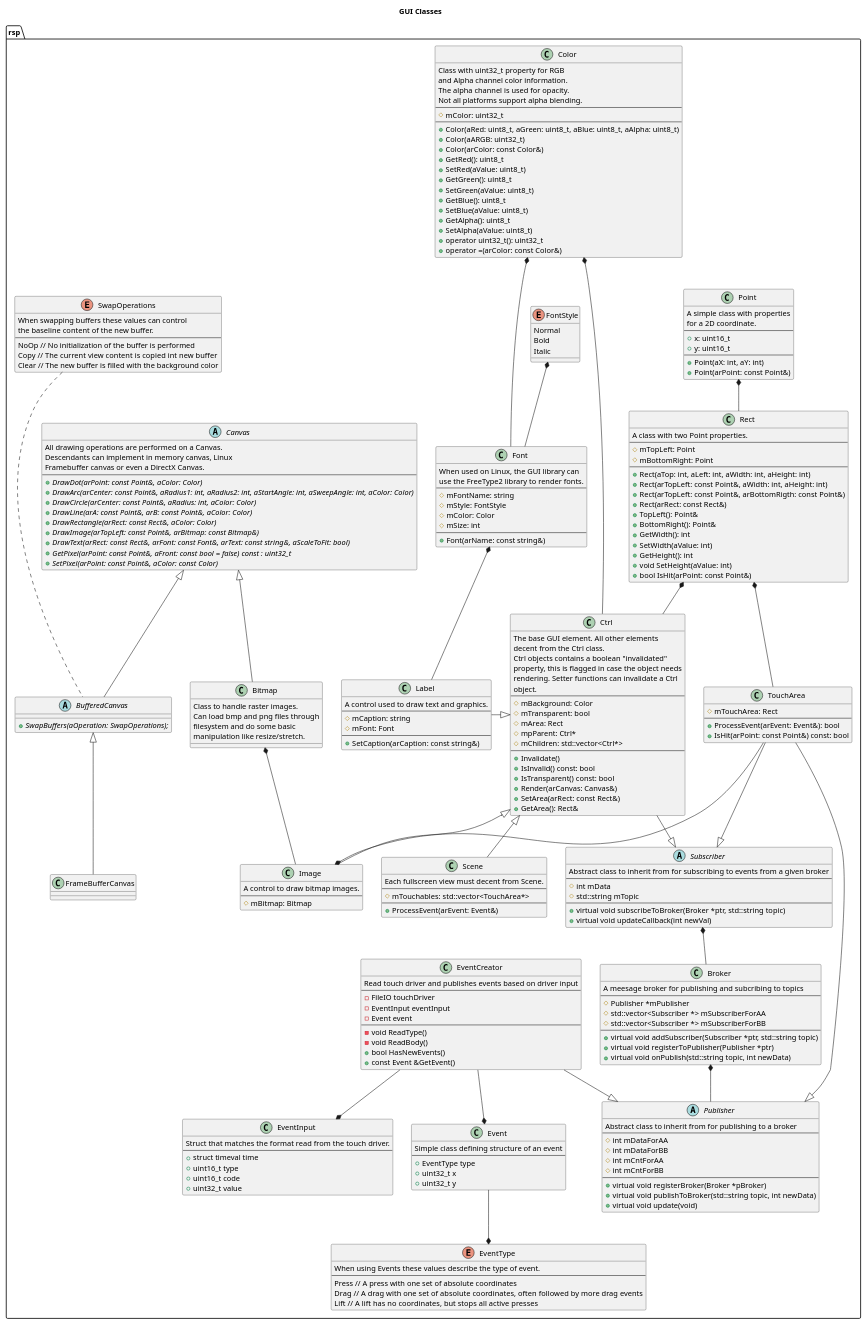
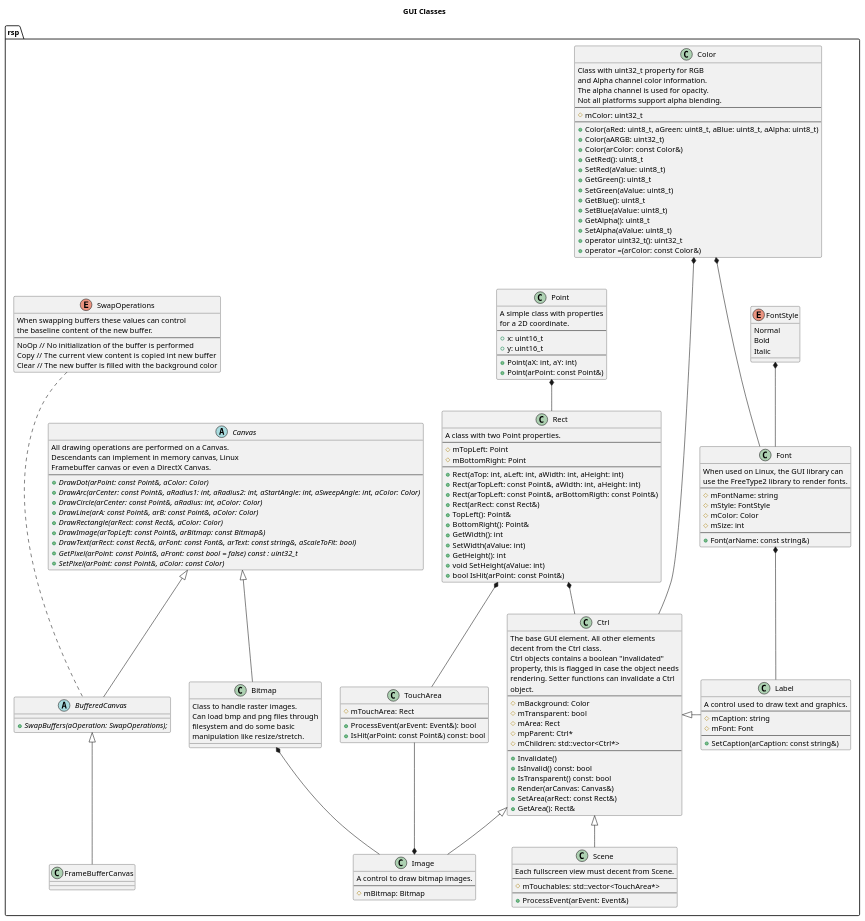
One commit to rsps/rsp-core-library changed the diagram in docs/uml/GUI Classes.puml. Above: the diagram before and after it, drawn with PlantUML. The commit also changed 6 other files, not shown here.

Commit message:
Split Gui classes architecture and renamed Input handling classes

```diff
--- a/docs/uml/GUI Classes.puml
+++ b/docs/uml/GUI Classes.puml
@@ -202,87 +202,7 @@
 'Button <|-- CheckBox
 'Image <|-- CheckBox
 
-class EventInput {
-    Struct that matches the format read from the touch driver.
-    --
-    +struct timeval time
-    +uint16_t type
-    +uint16_t code
-    +uint32_t value
-}
 
-enum EventType {
-    When using Events these values describe the type of event.
-    --
-    Press // A press with one set of absolute coordinates
-    Drag  // A drag with one set of absolute coordinates, often followed by more drag events
-    Lift  // A lift has no coordinates, but stops all active presses
-}
-
-class Event{
-    Simple class defining structure of an event
-    --
-    +EventType type
-    +uint32_t x
-    +uint32_t y
-}
-
-class EventCreator{
-    Read touch driver and publishes events based on driver input
-    --
-    -FileIO touchDriver
-    -EventInput eventInput
-    -Event event
-    --
-    -void ReadType()
-    -void ReadBody()
-    +bool HasNewEvents()
-    +const Event &GetEvent()
-}
-EventCreator --* Event
-EventCreator --* EventInput
-Event --* EventType
-
-abstract class Publisher {
-    Abstract class to inherit from for publishing to a broker
-    --
-    #int mDataForAA
-    #int mDataForBB
-    #int mCntForAA
-    #int mCntForBB
-    --
-    +virtual void registerBroker(Broker *pBroker)
-    +virtual void publishToBroker(std::string topic, int newData)
-    +virtual void update(void)
-}
-
-abstract class Subscriber {
-    Abstract class to inherit from for subscribing to events from a given broker
-    --
-    #int mData
-    #std::string mTopic
-    --
-    +virtual void subscribeToBroker(Broker *ptr, std::string topic)
-    +virtual void updateCallback(int newVal)
-}
-
-class Broker {
-    A meesage broker for publishing and subcribing to topics
-    --
-    #Publisher *mPublisher
-    #std::vector<Subscriber *> mSubscriberForAA
-    #std::vector<Subscriber *> mSubscriberForBB
-    --
-    +virtual void addSubscriber(Subscriber *ptr, std::string topic)
-    +virtual void registerToPublisher(Publisher *ptr)
-    +virtual void onPublish(std::string topic, int newData)
-}
-Broker -up-* Subscriber
-Publisher -up-* Broker
-TouchArea --|> Subscriber
-TouchArea --|> Publisher
-Ctrl --|> Subscriber
-EventCreator --|> Publisher
 
 }
 
```
